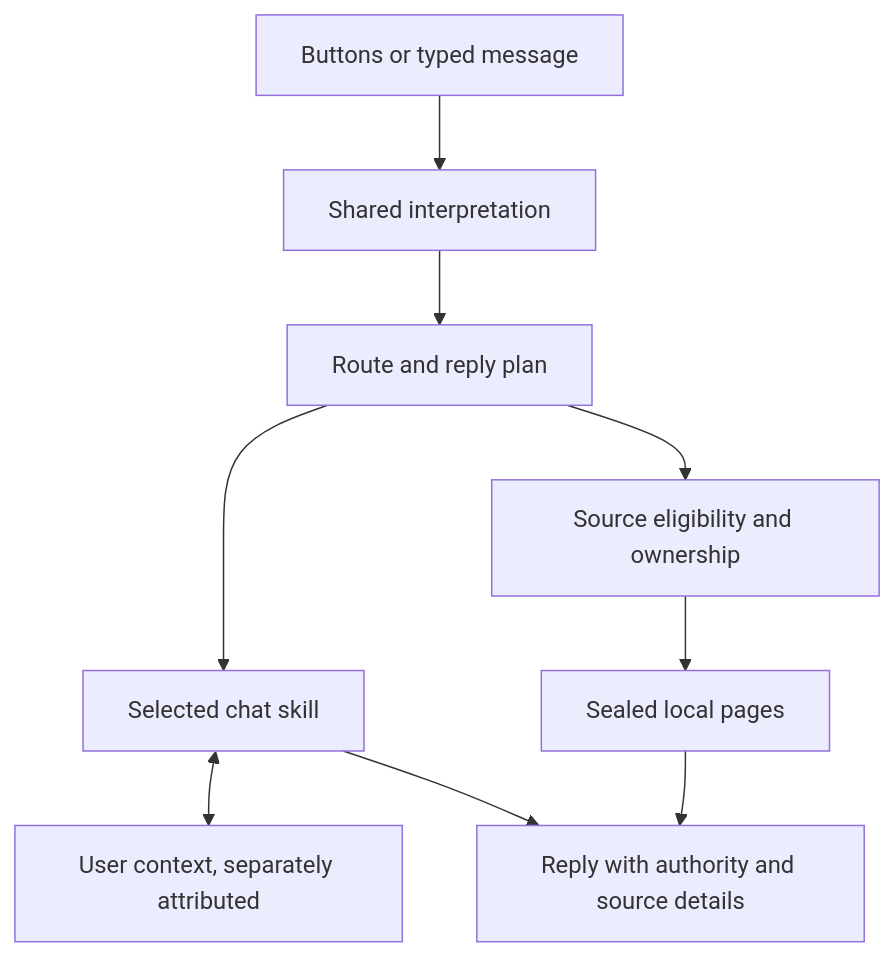
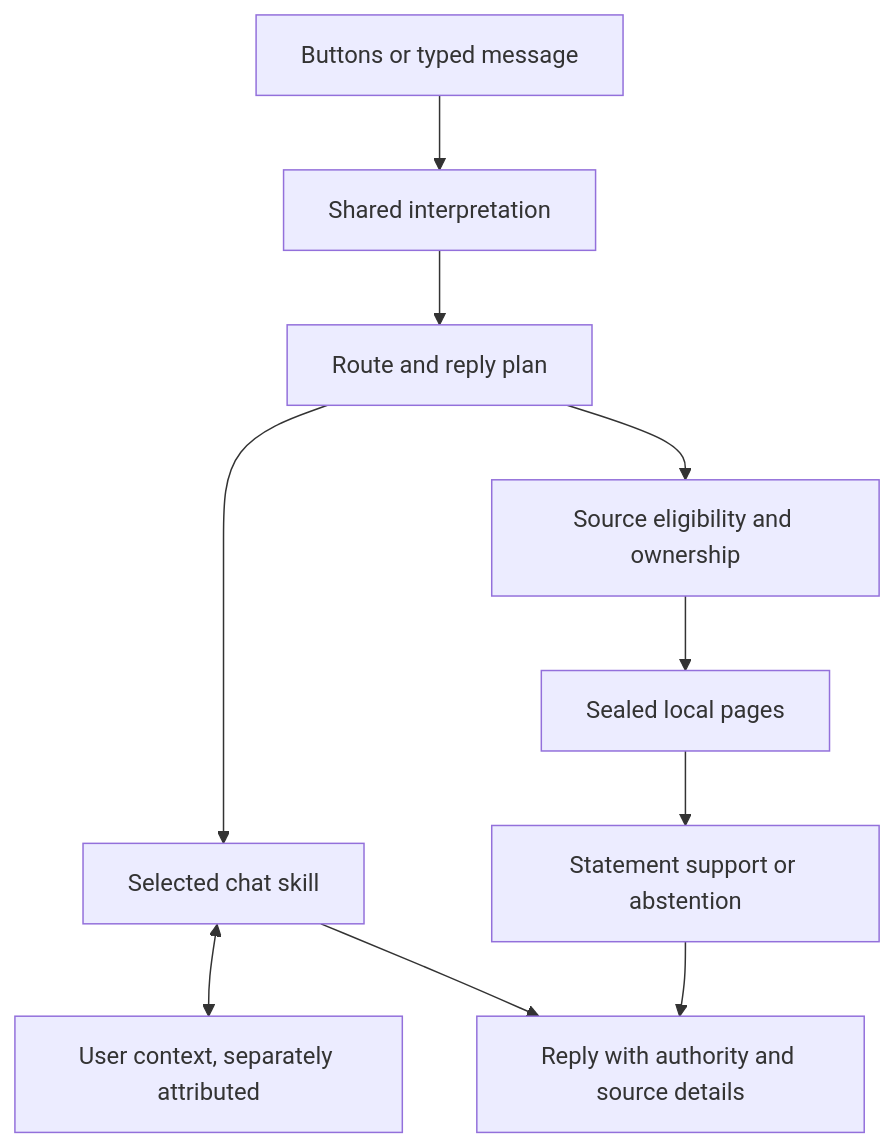
The diagram in docs/DEVELOPER_QUICKSTART.md (mitchell-d00/Combined-MPLPB-A-closed-local-ledger-of-pages-that-answers-only-from-those-pages), drawn with Mermaid before and after one commit. The commit also changed other lines of this file and 18 other files, not shown here.

````diff
--- a/docs/DEVELOPER_QUICKSTART.md
+++ b/docs/DEVELOPER_QUICKSTART.md
@@ -7,11 +7,12 @@
 ```mermaid
 flowchart TD
   UI["Buttons or typed message"] --> Frame["Shared interpretation"]
   Frame --> Plan["Route and reply plan"]
   Plan --> Chat["Selected chat skill"]
   Plan --> Gate["Source eligibility and ownership"]
   Chat <--> Memory["User context, separately attributed"]
   Gate --> Ledger["Sealed local pages"]
+  Ledger --> Support["Statement support or abstention"]
   Chat --> Reply["Reply with authority and source details"]
-  Ledger --> Reply
+  Support --> Reply
 ```
````
